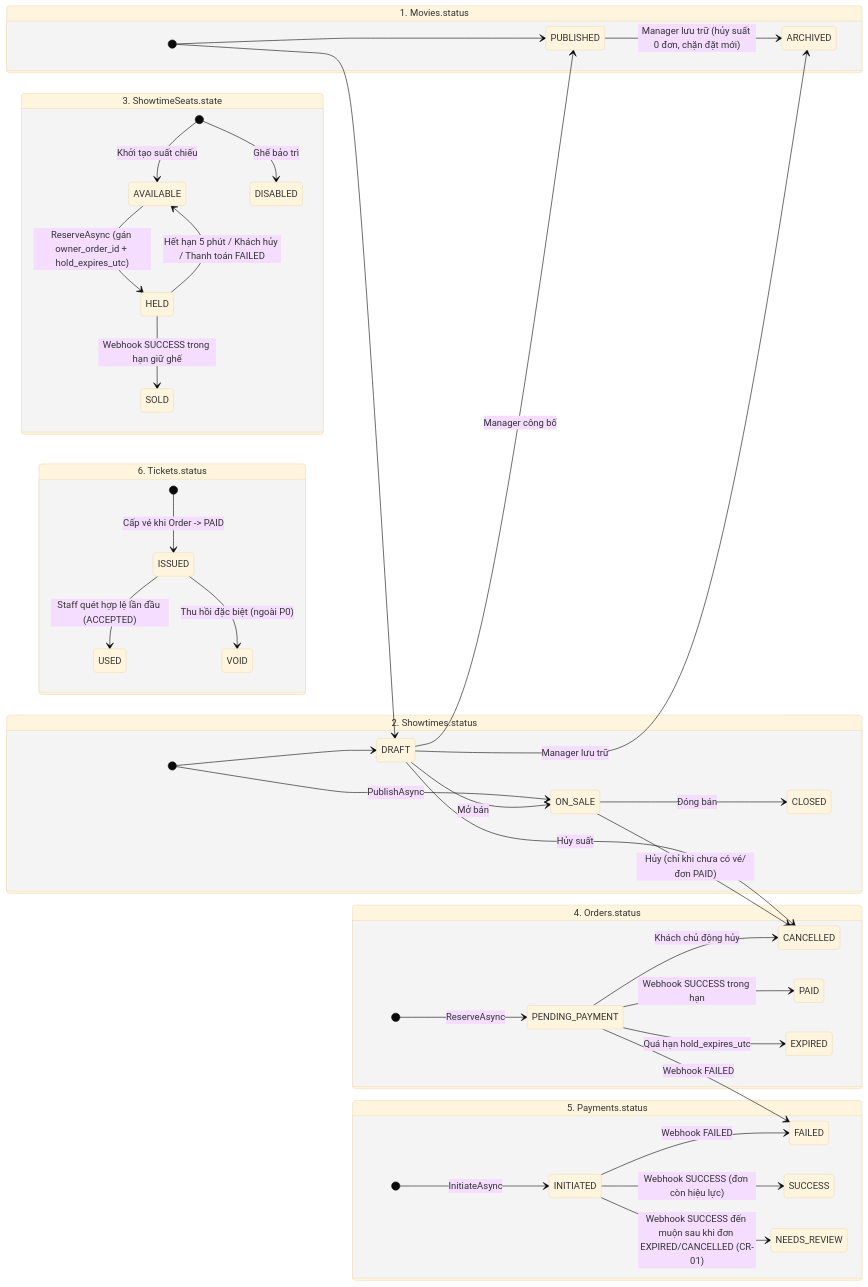
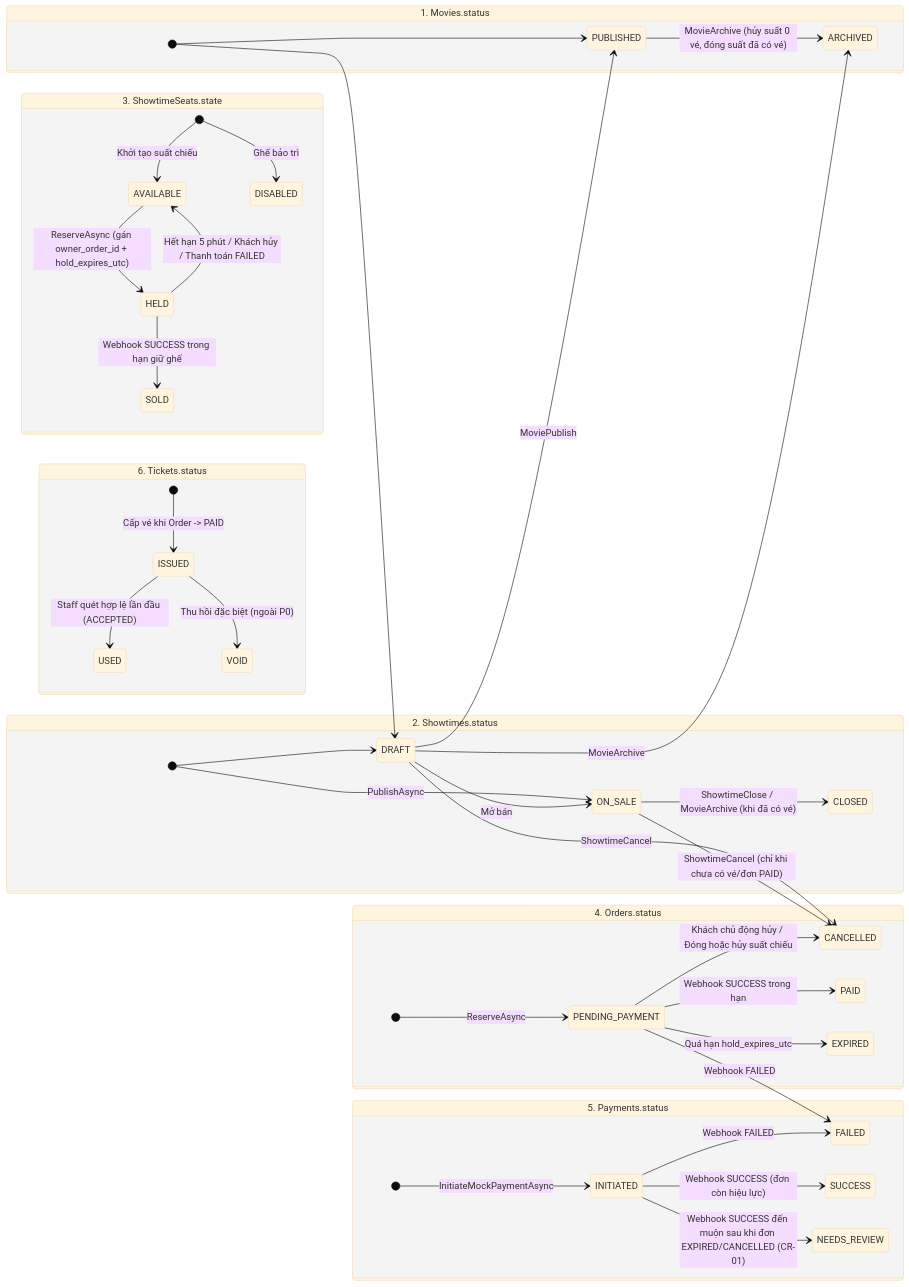
One commit to cakhiempn-a11y/beta-giai-phong-ticketing-system changed the second of 2 diagrams in docs/delivery/ARCHITECTURE_AND_DATA_MODEL.md. Above: the diagram before and after it, drawn with Mermaid (base theme). The commit also changed other lines of this file and 15 other files, not shown here.

````diff
--- a/docs/delivery/ARCHITECTURE_AND_DATA_MODEL.md
+++ b/docs/delivery/ARCHITECTURE_AND_DATA_MODEL.md
@@ -164,49 +170,49 @@
 ```mermaid
 stateDiagram-v2
     direction LR
     state "1. Movies.status" as MovieSM {
         [*] --> DRAFT
         [*] --> PUBLISHED
-        DRAFT --> PUBLISHED : Manager công bố
-        DRAFT --> ARCHIVED : Manager lưu trữ
-        PUBLISHED --> ARCHIVED : Manager lưu trữ (hủy suất 0 đơn, chặn đặt mới)
+        DRAFT --> PUBLISHED : MoviePublish
+        DRAFT --> ARCHIVED : MovieArchive
+        PUBLISHED --> ARCHIVED : MovieArchive (hủy suất 0 vé, đóng suất đã có vé)
     }
 
     state "2. Showtimes.status" as ShowtimeSM {
         [*] --> DRAFT
         [*] --> ON_SALE : PublishAsync
         DRAFT --> ON_SALE : Mở bán
-        DRAFT --> CANCELLED : Hủy suất
-        ON_SALE --> CLOSED : Đóng bán
-        ON_SALE --> CANCELLED : Hủy (chỉ khi chưa có vé/đơn PAID)
+        DRAFT --> CANCELLED : ShowtimeCancel
+        ON_SALE --> CLOSED : ShowtimeClose / MovieArchive (khi đã có vé)
+        ON_SALE --> CANCELLED : ShowtimeCancel (chỉ khi chưa có vé/đơn PAID)
     }
 
     state "3. ShowtimeSeats.state" as SeatSM {
         [*] --> AVAILABLE : Khởi tạo suất chiếu
         [*] --> DISABLED : Ghế bảo trì
         AVAILABLE --> HELD : ReserveAsync (gán owner_order_id + hold_expires_utc)
         HELD --> AVAILABLE : Hết hạn 5 phút / Khách hủy / Thanh toán FAILED
         HELD --> SOLD : Webhook SUCCESS trong hạn giữ ghế
     }
 
     state "4. Orders.status" as OrderSM {
         [*] --> PENDING_PAYMENT : ReserveAsync
         PENDING_PAYMENT --> PAID : Webhook SUCCESS trong hạn
         PENDING_PAYMENT --> FAILED : Webhook FAILED
         PENDING_PAYMENT --> EXPIRED : Quá hạn hold_expires_utc
-        PENDING_PAYMENT --> CANCELLED : Khách chủ động hủy
+        PENDING_PAYMENT --> CANCELLED : Khách chủ động hủy / Đóng hoặc hủy suất chiếu
     }
 
     state "5. Payments.status" as PaymentSM {
-        [*] --> INITIATED : InitiateAsync
+        [*] --> INITIATED : InitiateMockPaymentAsync
         INITIATED --> SUCCESS : Webhook SUCCESS (đơn còn hiệu lực)
         INITIATED --> FAILED : Webhook FAILED
         INITIATED --> NEEDS_REVIEW : Webhook SUCCESS đến muộn sau khi đơn EXPIRED/CANCELLED (CR-01)
     }
 
     state "6. Tickets.status" as TicketSM {
         [*] --> ISSUED : Cấp vé khi Order -> PAID
         ISSUED --> USED : Staff quét hợp lệ lần đầu (ACCEPTED)
         ISSUED --> VOID : Thu hồi đặc biệt (ngoài P0)
     }
 ```
````
